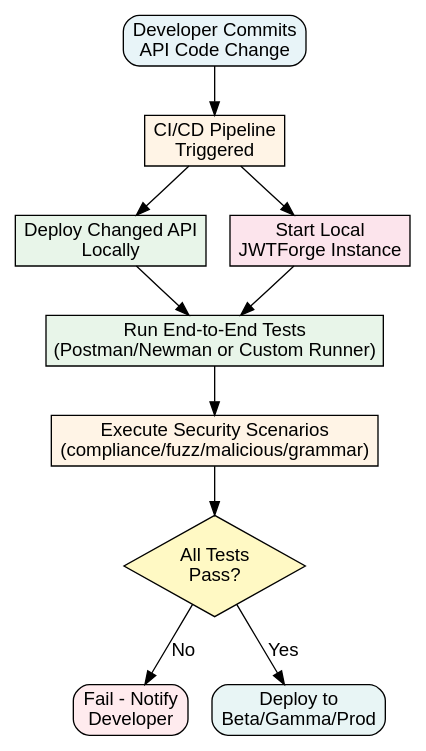
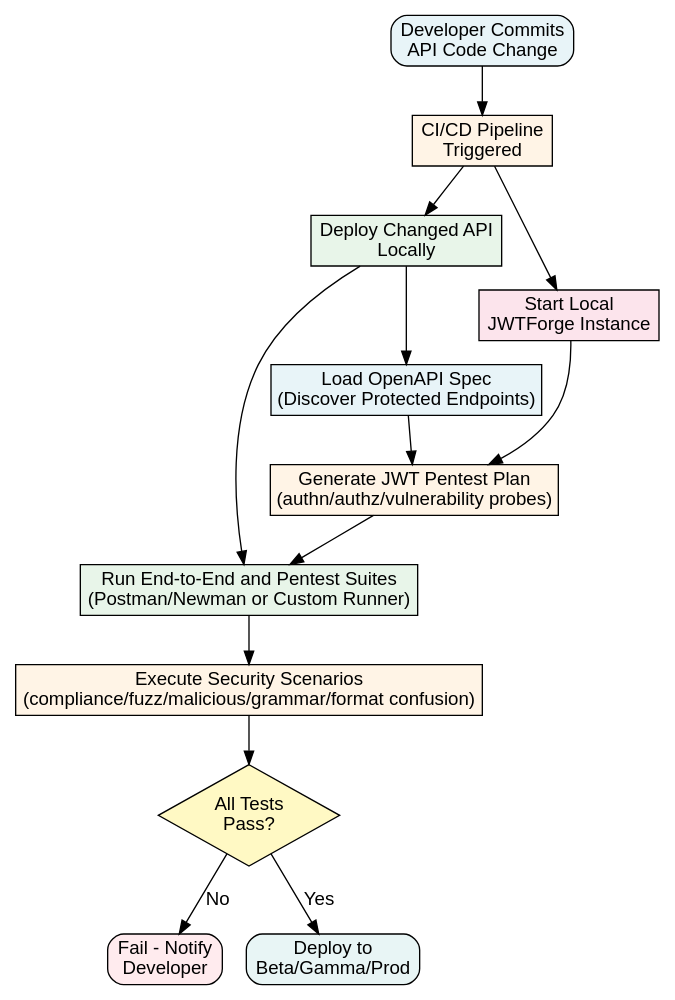
The diagram in paper/images/graphviz/jwtforge-cicd-workflow.dot (abhishektiwari/jwtforge), drawn with Graphviz before and after one commit. The commit also changed 4 other files, not shown here.

Commit message:
Adding new diagrams

```diff
--- a/paper/images/graphviz/jwtforge-cicd-workflow.dot
+++ b/paper/images/graphviz/jwtforge-cicd-workflow.dot
@@ -1,26 +1,31 @@
 digraph cicd_workflow {
     fontname="Helvetica,Arial,sans-serif"
     node [fontname="Helvetica,Arial,sans-serif", style=filled]
     edge [fontname="Helvetica,Arial,sans-serif"]
     rankdir=TB;
 
     commit [label="Developer Commits\nAPI Code Change", shape=box, fillcolor="#E8F4F8", style="filled,rounded"]
     trigger [label="CI/CD Pipeline\nTriggered", shape=box, fillcolor="#FFF4E6"]
     deploy_local [label="Deploy Changed API\nLocally", shape=box, fillcolor="#E8F5E9"]
     jwtforge [label="Start Local\nJWTForge Instance", shape=box, fillcolor="#FCE4EC"]
-    postman [label="Run End-to-End Tests\n(Postman/Newman or Custom Runner)", shape=box, fillcolor="#E8F5E9"]
-    security_test [label="Execute Security Scenarios\n(compliance/fuzz/malicious/grammar)", shape=box, fillcolor="#FFF4E6"]
+    openapi [label="Load OpenAPI Spec\n(Discover Protected Endpoints)", shape=box, fillcolor="#E8F4F8"]
+    pentest [label="Generate JWT Pentest Plan\n(authn/authz/vulnerability probes)", shape=box, fillcolor="#FFF4E6"]
+    postman [label="Run End-to-End and Pentest Suites\n(Postman/Newman or Custom Runner)", shape=box, fillcolor="#E8F5E9"]
+    security_test [label="Execute Security Scenarios\n(compliance/fuzz/malicious/grammar/format confusion)", shape=box, fillcolor="#FFF4E6"]
     decision [label="All Tests\nPass?", shape=diamond, fillcolor="#FFF9C4"]
     fail [label="Fail - Notify\nDeveloper", shape=box, fillcolor="#FFEBEE", style="filled,rounded"]
     deploy_beta [label="Deploy to\nBeta/Gamma/Prod", shape=box, fillcolor="#E8F5F5", style="filled,rounded"]
 
     commit -> trigger
     trigger -> deploy_local
     trigger -> jwtforge
+    deploy_local -> openapi
+    openapi -> pentest
+    jwtforge -> pentest
+    pentest -> postman
     deploy_local -> postman
-    jwtforge -> postman
     postman -> security_test
     security_test -> decision
     decision -> fail [label="No"]
     decision -> deploy_beta [label="Yes"]
 }
```
